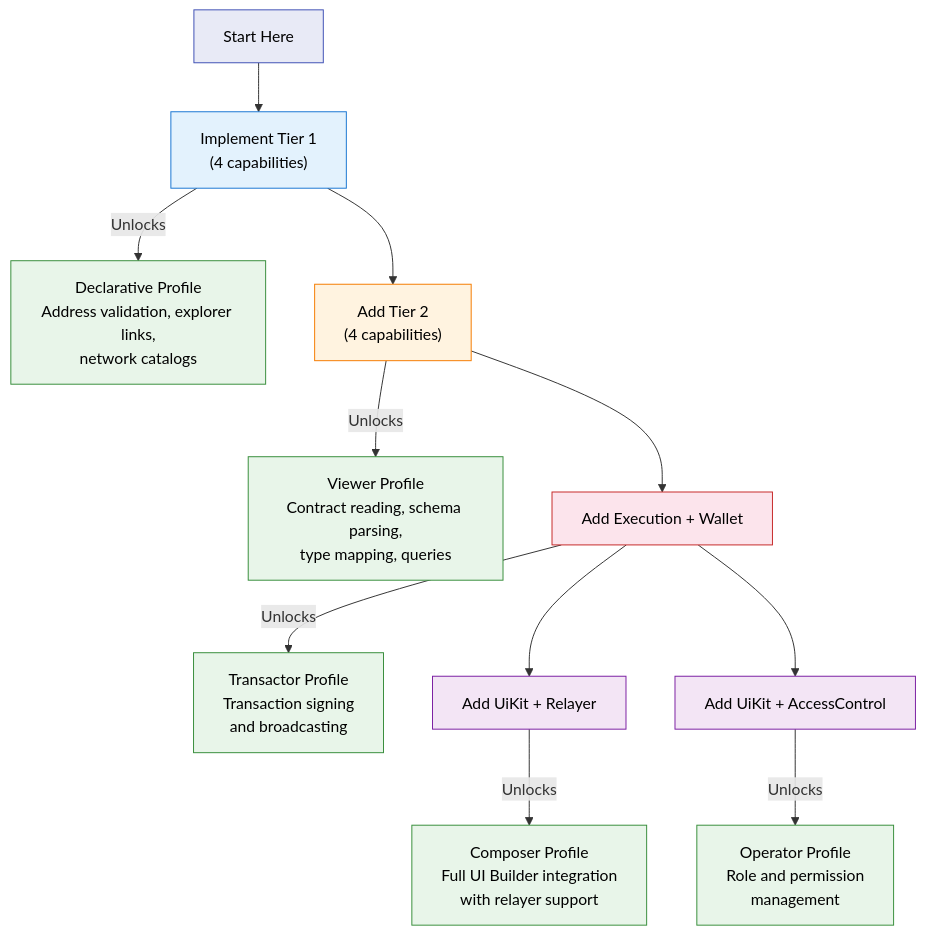
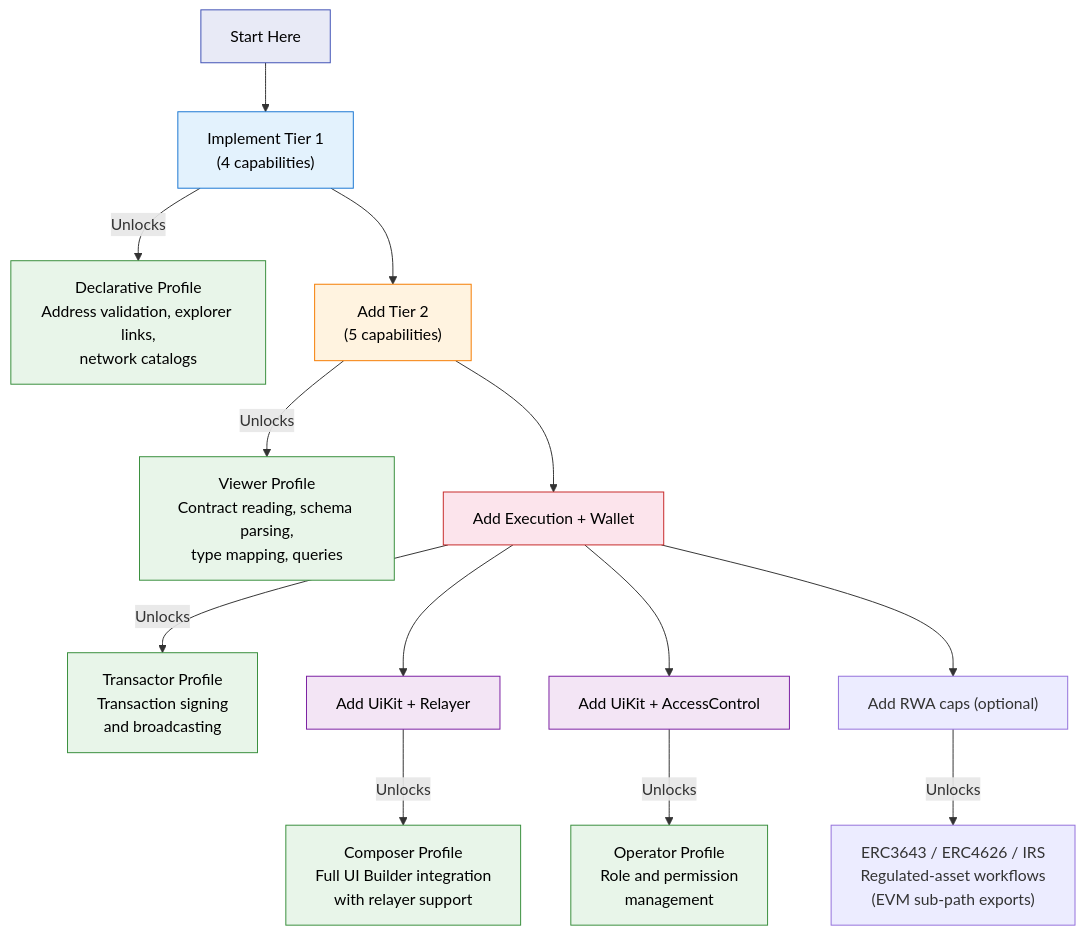
The diagram in content/ecosystem-adapters/building-an-adapter.mdx (OpenZeppelin/docs), drawn with Mermaid before and after one commit. The commit also changed other lines of this file and 9 other files, not shown here.

First line of the commit message:
Document 17 capabilities, ENS name resolution, and RWA caps.

````diff
--- a/content/ecosystem-adapters/building-an-adapter.mdx
+++ b/content/ecosystem-adapters/building-an-adapter.mdx
@@ -11,29 +11,32 @@
 ```mermaid
 flowchart TD
     Start["Start Here"] --> T1["Implement Tier 1\n(4 capabilities)"]
     T1 -->|"Unlocks"| Dec["Declarative Profile\nAddress validation, explorer links,\nnetwork catalogs"]
 
-    T1 --> T2["Add Tier 2\n(4 capabilities)"]
+    T1 --> T2["Add Tier 2\n(5 capabilities)"]
     T2 -->|"Unlocks"| View["Viewer Profile\nContract reading, schema parsing,\ntype mapping, queries"]
 
     T2 --> T3a["Add Execution + Wallet"]
     T3a -->|"Unlocks"| Trans["Transactor Profile\nTransaction signing\nand broadcasting"]
 
     T3a --> T3b["Add UiKit + Relayer"]
     T3b -->|"Unlocks"| Comp["Composer Profile\nFull UI Builder integration\nwith relayer support"]
 
     T3a --> T3c["Add UiKit + AccessControl"]
     T3c -->|"Unlocks"| Op["Operator Profile\nRole and permission\nmanagement"]
+
+    T3a --> T3d["Add RWA caps (optional)"]
+    T3d -->|"Unlocks"| RWA["ERC3643 / ERC4626 / IRS\nRegulated-asset workflows\n(EVM sub-path exports)"]
 
     style Start fill:#e8eaf6,stroke:#3f51b5,color:#000
     style T1 fill:#e3f2fd,stroke:#1976d2,color:#000
     style T2 fill:#fff3e0,stroke:#f57c00,color:#000
     style T3a fill:#fce4ec,stroke:#c62828,color:#000
     style T3b fill:#f3e5f5,stroke:#7b1fa2,color:#000
     style T3c fill:#f3e5f5,stroke:#7b1fa2,color:#000
     style Dec fill:#e8f5e9,stroke:#388e3c,color:#000
     style View fill:#e8f5e9,stroke:#388e3c,color:#000
     style Trans fill:#e8f5e9,stroke:#388e3c,color:#000
     style Comp fill:#e8f5e9,stroke:#388e3c,color:#000
     style Op fill:#e8f5e9,stroke:#388e3c,color:#000
 ```
````
